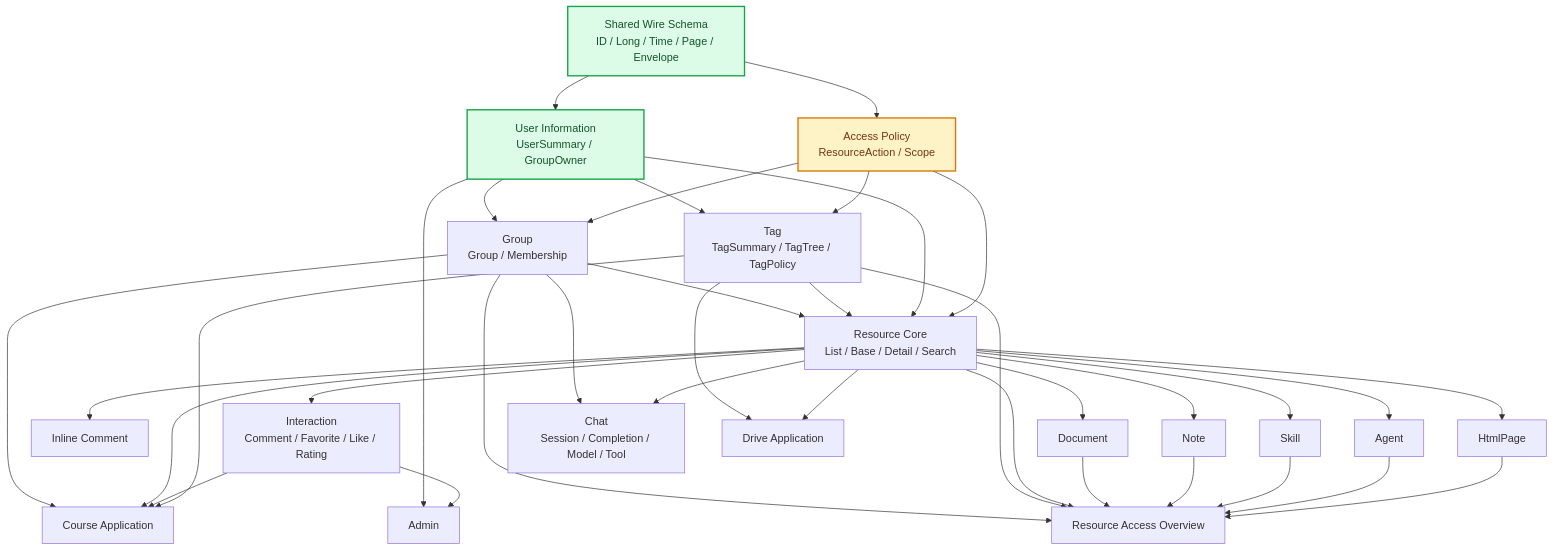
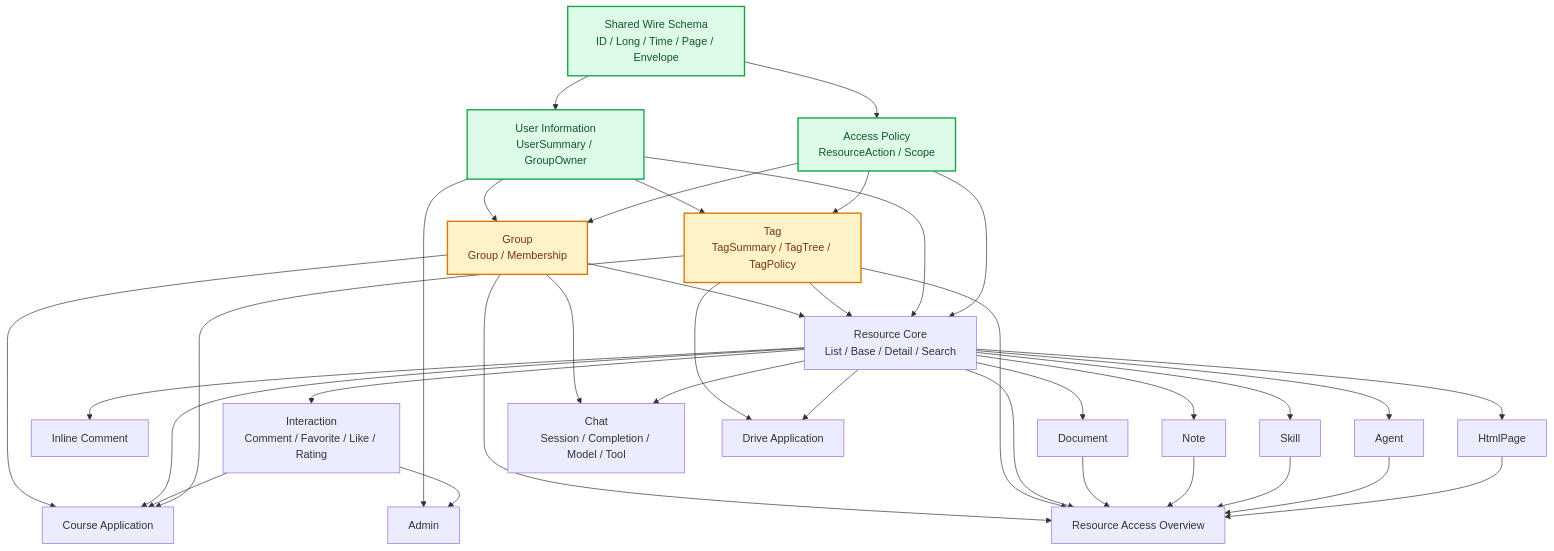
The diagram in agent/docs/schema-contract-roadmap.md (Oriole-FDU/WisePenView), drawn with Mermaid before and after one commit. The commit also changed other lines of this file and 6 other files, not shown here.

````diff
--- a/agent/docs/schema-contract-roadmap.md
+++ b/agent/docs/schema-contract-roadmap.md
@@ -36,63 +36,62 @@
 ```mermaid
 flowchart TD
   W[Shared Wire Schema<br/>ID / Long / Time / Page / Envelope]
   A[Access Policy<br/>ResourceAction / Scope]
   U[User Information<br/>UserSummary / GroupOwner]
   G[Group<br/>Group / Membership]
   T[Tag<br/>TagSummary / TagTree / TagPolicy]
   R[Resource Core<br/>List / Base / Detail / Search]
   I[Interaction<br/>Comment / Favorite / Like / Rating]
   C[Inline Comment]
   D[Document]
   N[Note]
   S[Skill]
   AG[Agent]
   H[HtmlPage]
   CH[Chat<br/>Session / Completion / Model / Tool]
   CO[Course Application]
   DR[Drive Application]
   RA[Resource Access Overview]
   AD[Admin]
 
   W --> A
   W --> U
   U --> G
   A --> G
   U --> T
   A --> T
   G --> R
   T --> R
   U --> R
   A --> R
   R --> I
   R --> C
   R --> D
   R --> N
   R --> S
   R --> AG
   R --> H
   G --> CH
   R --> CH
   G --> CO
   R --> CO
   I --> CO
   T --> CO
   T --> DR
   R --> DR
   G --> RA
   T --> RA
   R --> RA
   D --> RA
   N --> RA
   S --> RA
   AG --> RA
   H --> RA
   U --> AD
   I --> AD
 
   classDef completed fill:#dcfce7,stroke:#16a34a,color:#14532d,stroke-width:2px
   classDef next fill:#fef3c7,stroke:#d97706,color:#78350f,stroke-width:2px
-  class W completed
-  class A next
-  class U completed
+  class W,A,U completed
+  class G,T next
 ```
````
